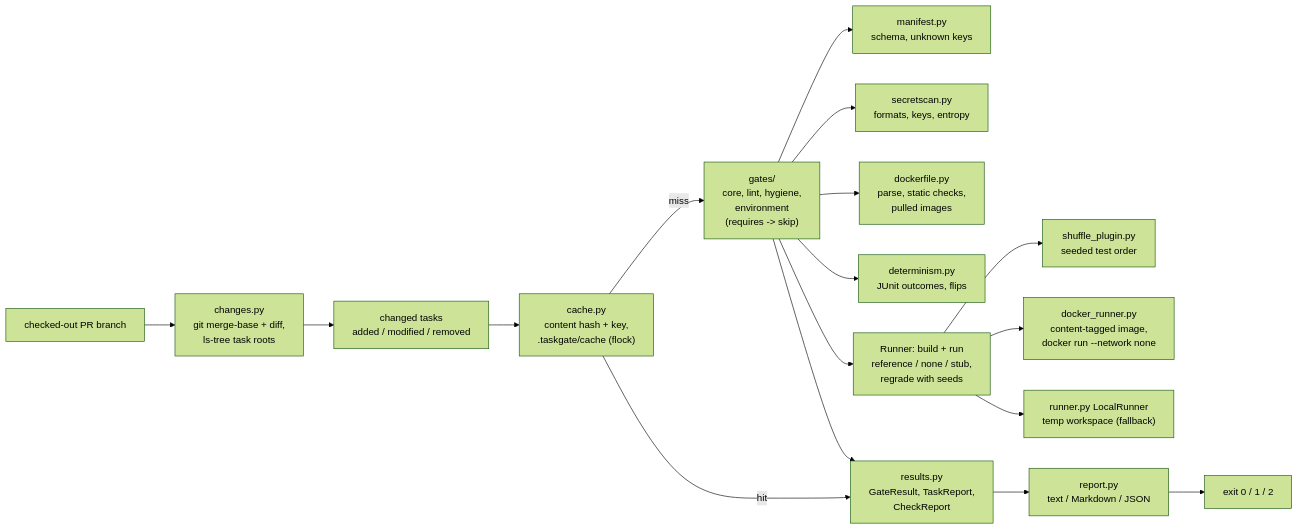
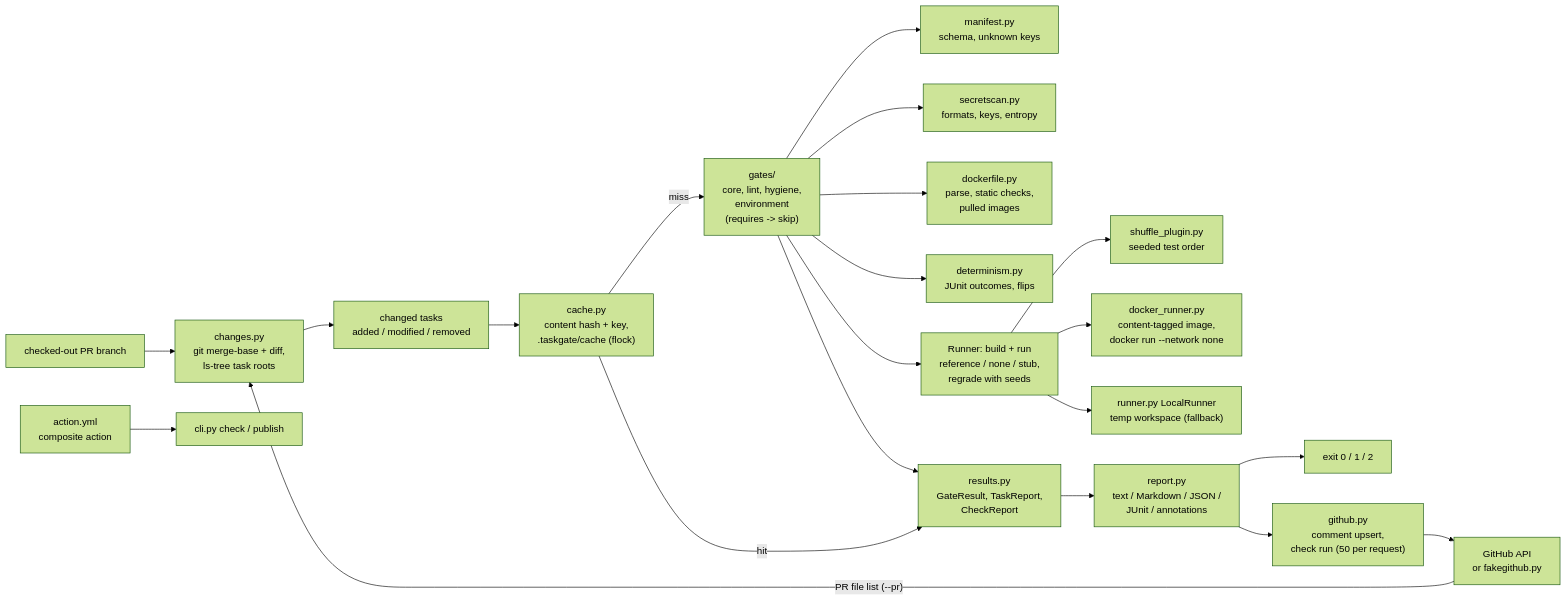
The diagram in README.md (vipul21435/taskgate), drawn with Mermaid (forest theme) before and after one commit. The commit also changed other lines of this file and 5 other files, not shown here.

First line of the commit message:
feat(action): composite GitHub Action with a CI job that runs it on the sample tasks

````diff
--- a/README.md
+++ b/README.md
@@ -479,20 +602,24 @@
 ```mermaid
 flowchart LR
     PR["checked-out PR branch"] --> CH["changes.py<br/>git merge-base + diff,<br/>ls-tree task roots"]
     CH --> TASKS["changed tasks<br/>added / modified / removed"]
     GATES["gates/<br/>core, lint, hygiene,<br/>environment<br/>(requires -> skip)"]
     GATES --> MAN["manifest.py<br/>schema, unknown keys"]
     GATES --> SEC["secretscan.py<br/>formats, keys, entropy"]
     GATES --> DF["dockerfile.py<br/>parse, static checks,<br/>pulled images"]
     GATES --> DET["determinism.py<br/>JUnit outcomes, flips"]
     GATES --> RUN["Runner: build + run<br/>reference / none / stub,<br/>regrade with seeds"]
     RUN --> SHUF["shuffle_plugin.py<br/>seeded test order"]
     RUN --> DOCK["docker_runner.py<br/>content-tagged image,<br/>docker run --network none"]
     RUN --> LOC["runner.py LocalRunner<br/>temp workspace (fallback)"]
     TASKS --> CACHE["cache.py<br/>content hash + key,<br/>.taskgate/cache (flock)"]
     CACHE -- miss --> GATES
     CACHE -- hit --> RES
     GATES --> RES["results.py<br/>GateResult, TaskReport,<br/>CheckReport"]
-    RES --> REP["report.py<br/>text / Markdown / JSON"]
+    RES --> REP["report.py<br/>text / Markdown / JSON /<br/>JUnit / annotations"]
     REP --> EXIT["exit 0 / 1 / 2"]
+    REP --> GH["github.py<br/>comment upsert,<br/>check run (50 per request)"]
+    GH --> API["GitHub API<br/>or fakegithub.py"]
+    API -- "PR file list (--pr)" --> CH
+    ACT["action.yml<br/>composite action"] --> CLI["cli.py check / publish"]
 ```
````
